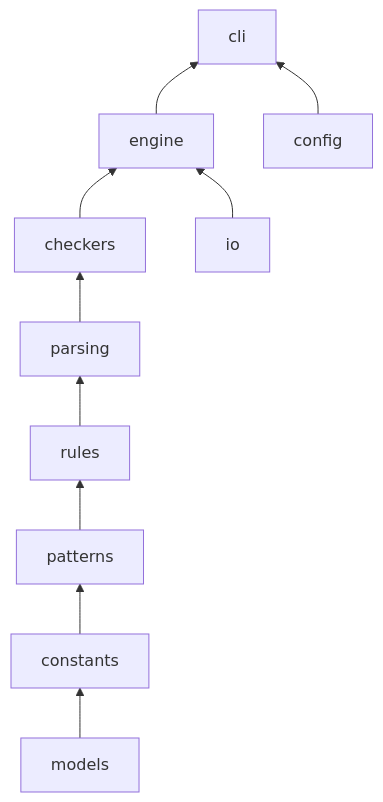
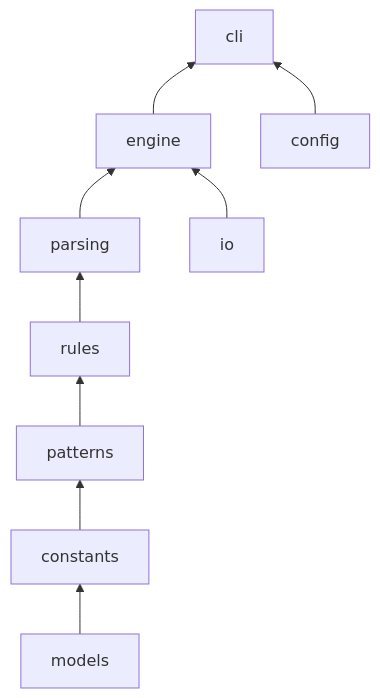
One commit to tboy1337/Blinter changed the diagram in README.md. Above: the diagram before and after it, drawn with Mermaid. The commit also changed other lines of this file and 545 other files, not shown here.

````diff
--- a/README.md
+++ b/README.md
@@ -382,12 +382,11 @@
 ```mermaid
 flowchart BT
   models --> constants
   constants --> patterns
   patterns --> rules
   rules --> parsing
-  parsing --> checkers
-  checkers --> engine
+  parsing --> engine
   engine --> cli
   config --> cli
   io --> engine
 ```
````
